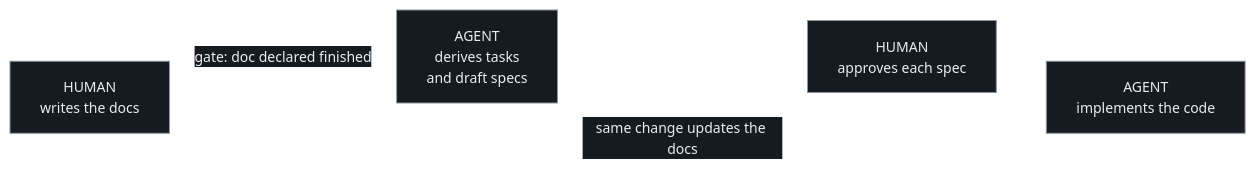
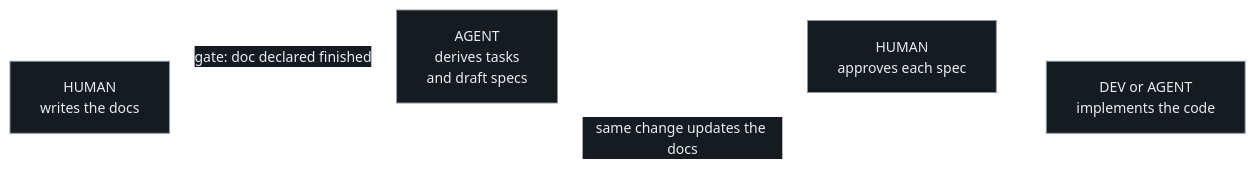
One commit to thomasfranke/writrun changed the diagram in README.md. Above: the diagram before and after it, drawn with Mermaid. The commit also changed other lines of this file and 2 other files, not shown here.

First line of the commit message:
docs: open both doors — who implements is per task

````diff
--- a/README.md
+++ b/README.md
@@ -91,10 +93,10 @@
 ```mermaid
 %%{init: {'theme':'base','themeVariables':{'background':'#0d1117','primaryColor':'#161b22','primaryTextColor':'#e6edf3','primaryBorderColor':'#8b949e','lineColor':'#ffffff','secondaryColor':'#161b22','tertiaryColor':'#161b22','fontSize':'14px'}}}%%
 flowchart LR
     A["HUMAN<br/>writes the docs"]
     B["AGENT<br/>derives tasks<br/>and draft specs"]
     C["HUMAN<br/>approves each spec"]
-    D["AGENT<br/>implements the code"]
+    D["DEV or AGENT<br/>implements the code"]
     A -->|"gate: doc declared finished"| B --> C --> D
     D -->|"same change updates the docs"| A
 ```
````
